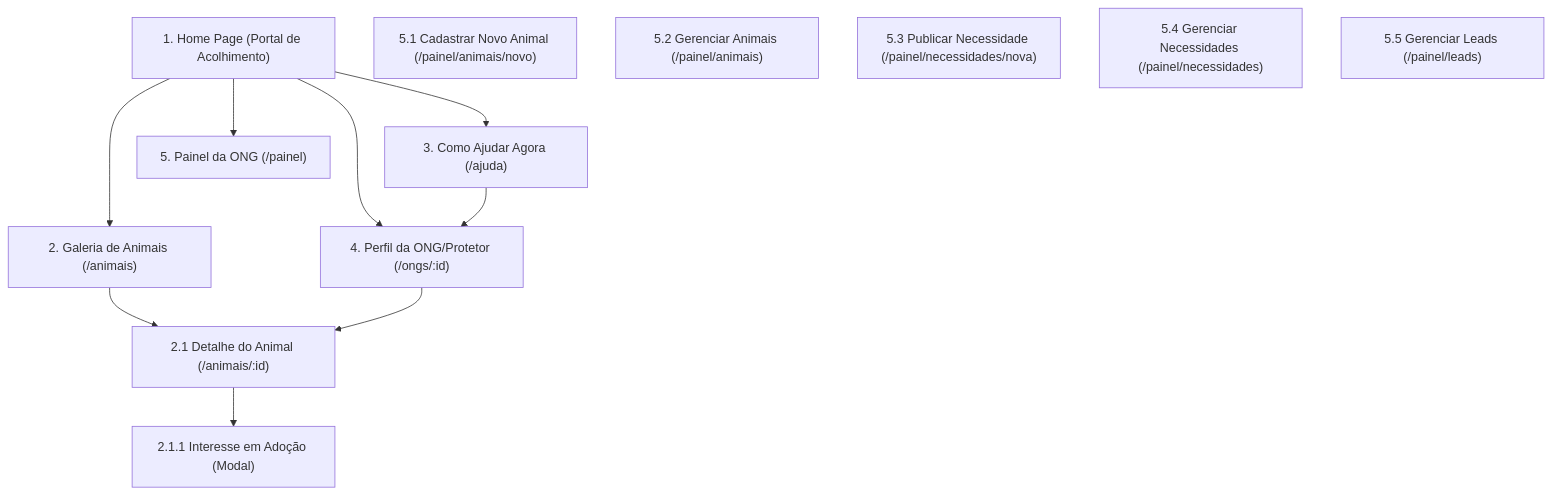
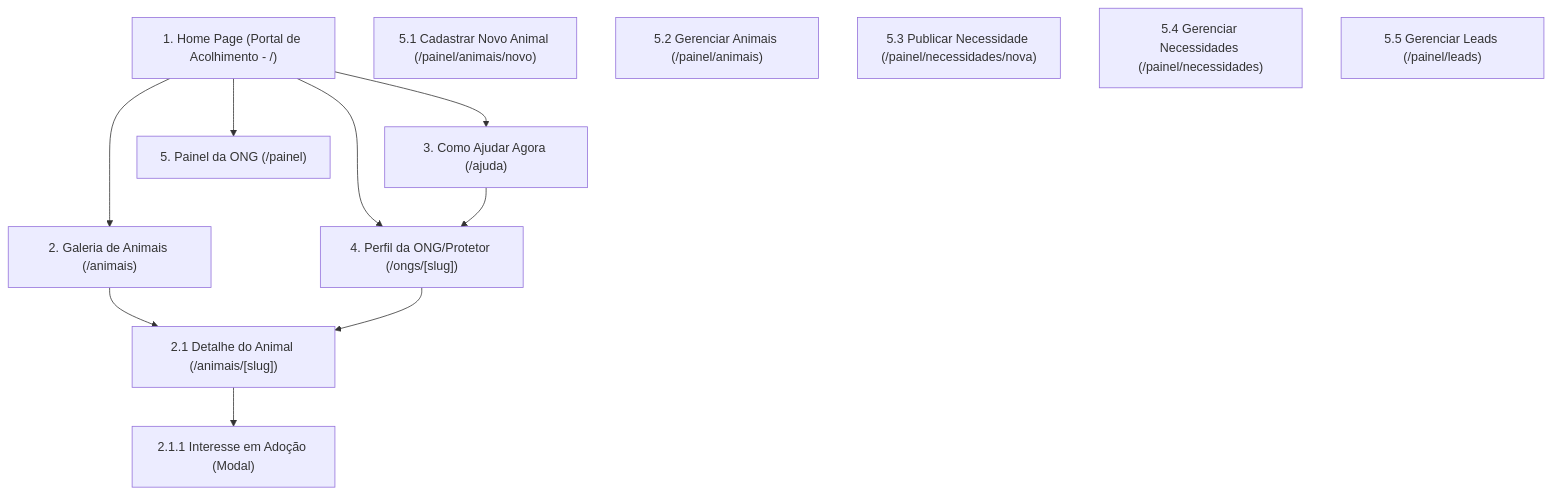
Before and after one commit to rebecca-medeiros/rede-ninhada: the first of 3 diagrams in especificacao_tecnica_mvp.md, drawn with Mermaid. The commit also changed other lines of this file, not shown here.

Commit message:
docs: atualiza especificacao para Next.js, slugs e moderacao de ONGs

````diff
--- a/especificacao_tecnica_mvp.md
+++ b/especificacao_tecnica_mvp.md
@@ -43,29 +45,29 @@
 ```mermaid
 graph TD
-    Home["1. Home Page (Portal de Acolhimento)"]
+    Home["1. Home Page (Portal de Acolhimento - /)"]
     
     Catalogo["2. Galeria de Animais (/animais)"]
-    DetalheAnimal["2.1 Detalhe do Animal (/animais/:id)"]
+    DetalheAnimal["2.1 Detalhe do Animal (/animais/[slug])"]
     FormLead["2.1.1 Interesse em Adoção (Modal)"]
     
     ComoAjudar["3. Como Ajudar Agora (/ajuda)"]
     
-    PerfilONG["4. Perfil da ONG/Protetor (/ongs/:id)"]
+    PerfilONG["4. Perfil da ONG/Protetor (/ongs/[slug])"]
     
     PainelONG["5. Painel da ONG (/painel)"]
     CadastrarAnimal["5.1 Cadastrar Novo Animal (/painel/animais/novo)"]
     GerenciarAnimais["5.2 Gerenciar Animais (/painel/animais)"]
     CadastrarNecessidade["5.3 Publicar Necessidade (/painel/necessidades/nova)"]
     GerenciarNecessidades["5.4 Gerenciar Necessidades (/painel/necessidades)"]
     VerLeads["5.5 Gerenciar Leads (/painel/leads)"]
 
     Home --> Catalogo
     Home --> ComoAjudar
     Home --> PerfilONG
     Home --> PainelONG
     
     Catalogo --> DetalheAnimal
     DetalheAnimal --> FormLead
     ComoAjudar --> PerfilONG
     PerfilONG --> DetalheAnimal
 ```
````
